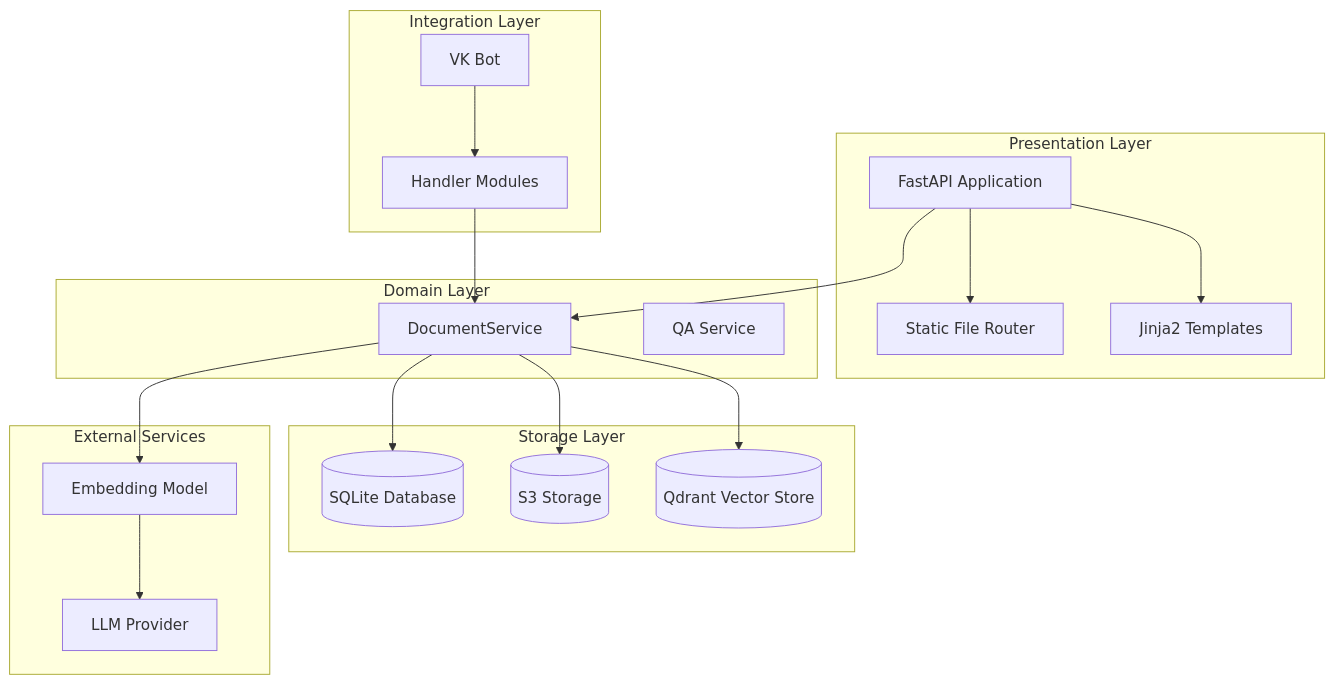
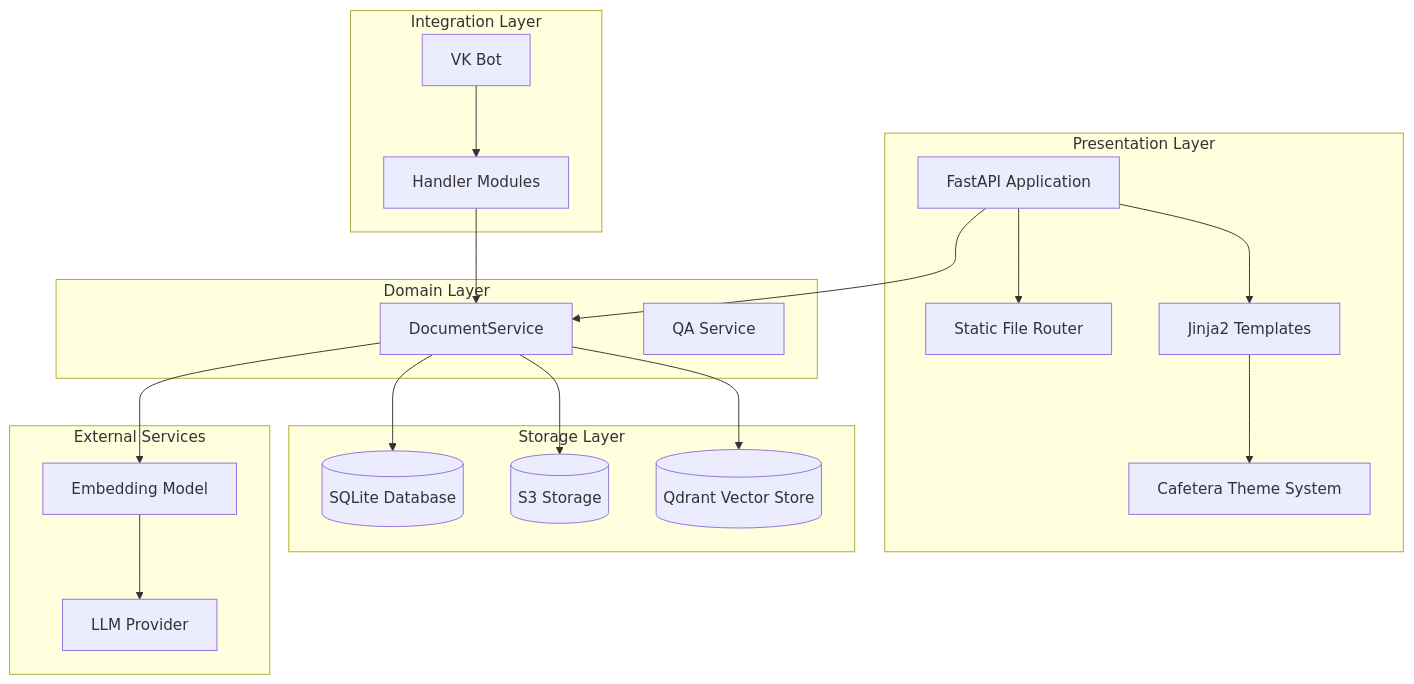
One commit to ognelis/cafetera_hr_bot changed the first of 8 diagrams in .qoder/repowiki/en/content/Development Workflow/Main Application Entry Point.md. Above: the diagram before and after it, drawn with Mermaid. The commit also changed other lines of this file and 15 other files, not shown here.

````diff
--- a/.qoder/repowiki/en/content/Development Workflow/Main Application Entry Point.md
+++ b/.qoder/repowiki/en/content/Development Workflow/Main Application Entry Point.md
@@ -52,35 +57,37 @@
 ```mermaid
 graph TB
 subgraph "Presentation Layer"
 API[FastAPI Application]
 Static[Static File Router]
 Templates[Jinja2 Templates]
+Theme[Cafetera Theme System]
 end
 subgraph "Domain Layer"
 DocService[DocumentService]
 QAService[QA Service]
 end
 subgraph "Integration Layer"
 VKBot[VK Bot]
 Handlers[Handler Modules]
 end
 subgraph "Storage Layer"
 SQLite[(SQLite Database)]
 S3[(S3 Storage)]
 Qdrant[(Qdrant Vector Store)]
 end
 subgraph "External Services"
 LLM[LLM Provider]
 Embeddings[Embedding Model]
 end
 API --> DocService
 API --> Static
 API --> Templates
+Templates --> Theme
 DocService --> SQLite
 DocService --> S3
 DocService --> Qdrant
 DocService --> Embeddings
 Embeddings --> LLM
 VKBot --> Handlers
 Handlers --> DocService
 ```
````
